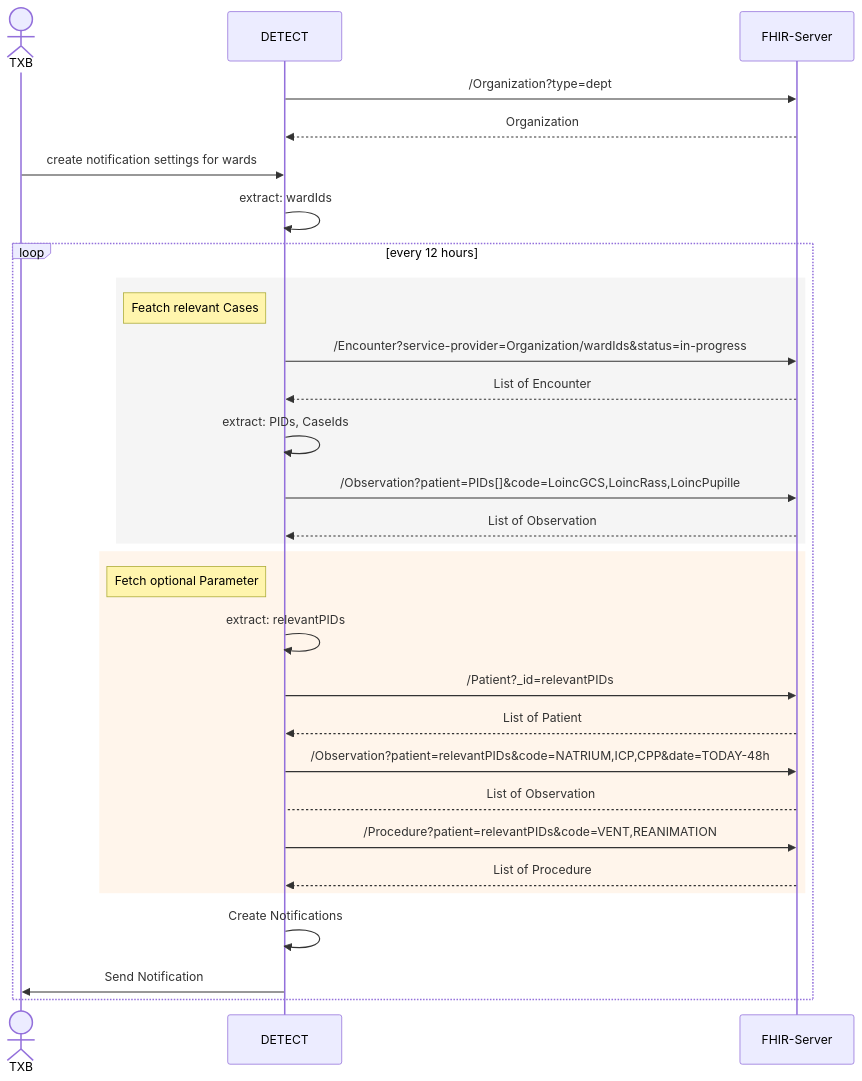
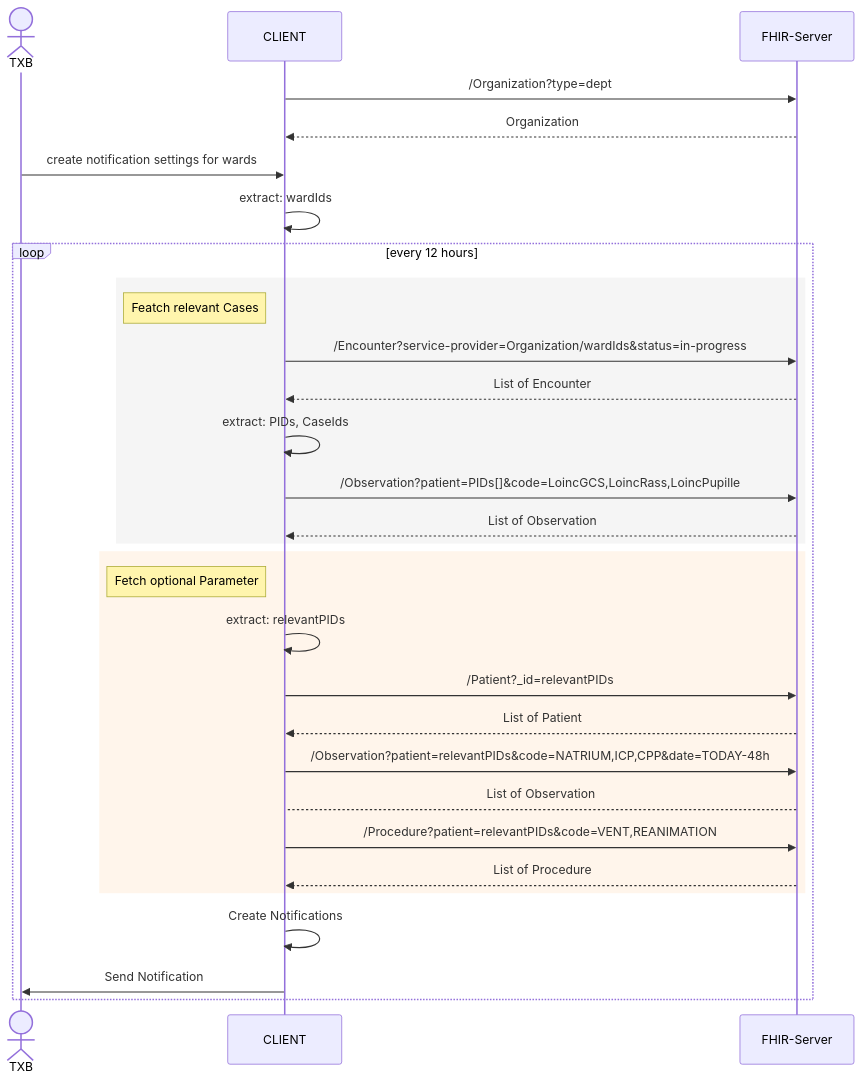
One commit to gematik/spec-ISiK-Basismodul changed the diagram in Material/Organspendeerkennung/diagrams/sequenzdiagramm-abfragen-org-based.mermaid. Above: the diagram before and after it, drawn with Mermaid. The commit also changed 4 other files, not shown here.

Commit message:
update diagram

```diff
--- a/Material/Organspendeerkennung/diagrams/sequenzdiagramm-abfragen-org-based.mermaid
+++ b/Material/Organspendeerkennung/diagrams/sequenzdiagramm-abfragen-org-based.mermaid
@@ -1,33 +1,33 @@
 sequenceDiagram
     actor TXB
-    participant D as DETECT
+    participant D as CLIENT
     participant F as FHIR-Server
 
     D->>F:/Organization?type=dept
     F-->>D:Organization
 
     TXB->>D: create notification settings for wards
     D->>D: extract: wardIds
 
     loop every 12 hours
         rect rgb(245, 245, 245)
             note left of D: Featch relevant Cases
             D->>F: /Encounter?service-provider=Organization/wardIds&status=in-progress
             F-->>D: List of Encounter
             D->>D: extract: PIDs, CaseIds
             D->>F: /Observation?patient=PIDs[]&code=LoincGCS,LoincRass,LoincPupille
             F-->>D: List of Observation
         end
         rect rgb(255, 245, 235)
             note left of D: Fetch optional Parameter
             D->>D: extract: relevantPIDs
             D->>F: /Patient?_id=relevantPIDs
             F-->>D: List of Patient
             D->>F: /Observation?patient=relevantPIDs&code=NATRIUM,ICP,CPP&date=TODAY-48h
             F-->D: List of Observation
             D->>F: /Procedure?patient=relevantPIDs&code=VENT,REANIMATION
             F-->>D: List of Procedure
         end
         D->>D: Create Notifications
         D->>TXB: Send Notification
     end
```
